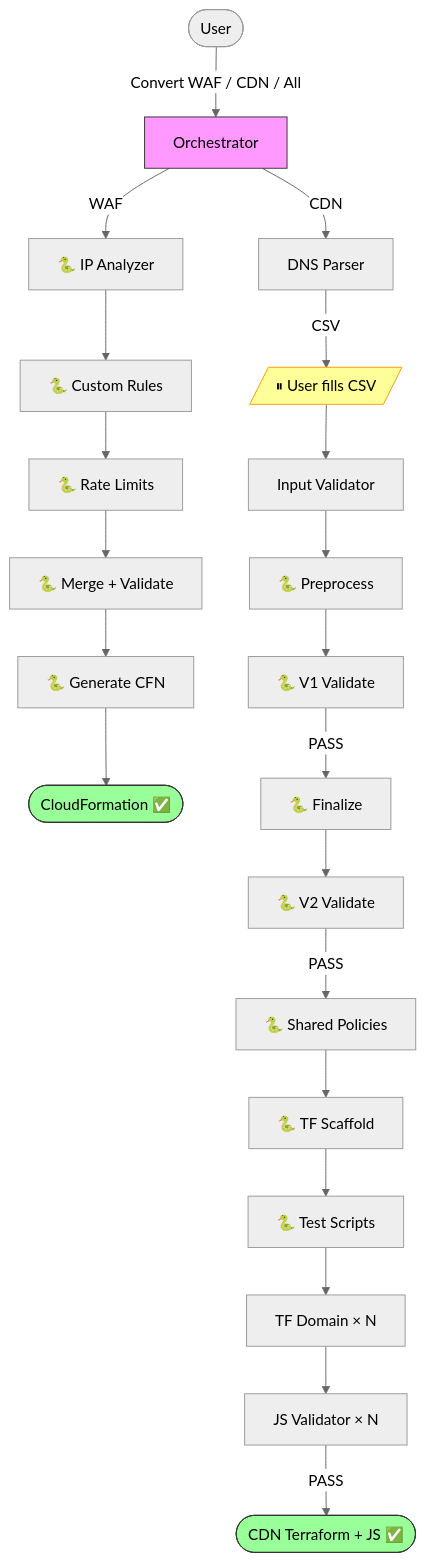
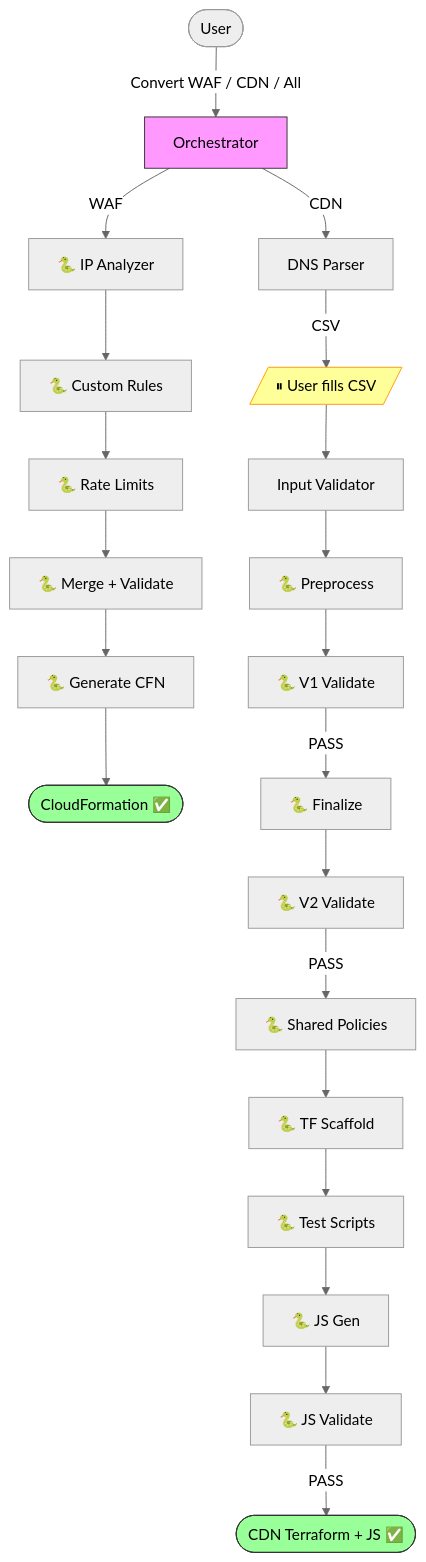
The diagram in README.md (chenghit/cloudflare-aws-edge-config-converter), drawn with Mermaid (neutral theme) before and after one commit. The commit also changed other lines of this file and 2 other files, not shown here.

Commit message:
fix: update stale '4 LLM stages' references and mermaid diagrams

````diff
--- a/README.md
+++ b/README.md
@@ -83,24 +83,24 @@
 ```mermaid
 flowchart TD
     User([User]) -->|"Convert WAF / CDN / All"| Main["Orchestrator"]
 
     Main -->|WAF| WAF_A1["🐍 IP Analyzer"] --> WAF_A2["🐍 Custom Rules"] --> WAF_A3["🐍 Rate Limits"] --> WAF_M["🐍 Merge + Validate"] --> WAF_G["🐍 Generate CFN"] --> WAF_Done([CloudFormation ✅])
 
     Main -->|CDN| CDN1["DNS Parser"] -->|CSV| Pause[/"⏸ User fills CSV"/]
     Pause --> CDN2["Input Validator"]
     CDN2 --> CDN3["🐍 Preprocess"]
     CDN3 --> CDN4["🐍 V1 Validate"]
     CDN4 -->|PASS| CDN5["🐍 Finalize"]
     CDN5 --> CDN6["🐍 V2 Validate"]
     CDN6 -->|PASS| CDN7["🐍 Shared Policies"]
     CDN7 --> CDN75["🐍 TF Scaffold"]
     CDN75 --> CDN76["🐍 Test Scripts"]
-    CDN76 --> CDN8["TF Domain × N"]
-    CDN8 --> CDN9["JS Validator × N"]
+    CDN76 --> CDN8["🐍 JS Gen"]
+    CDN8 --> CDN9["🐍 JS Validate"]
     CDN9 -->|PASS| CDN_Done([CDN Terraform + JS ✅])
 
     style Main fill:#f9f,stroke:#333
     style Pause fill:#ff9,stroke:#f90
     style WAF_Done fill:#9f9,stroke:#333
     style CDN_Done fill:#9f9,stroke:#333
 ```
````
